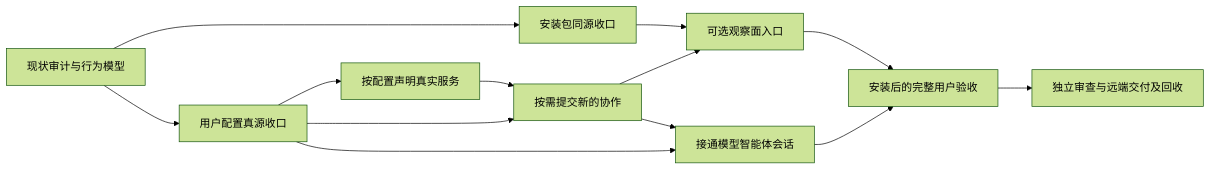
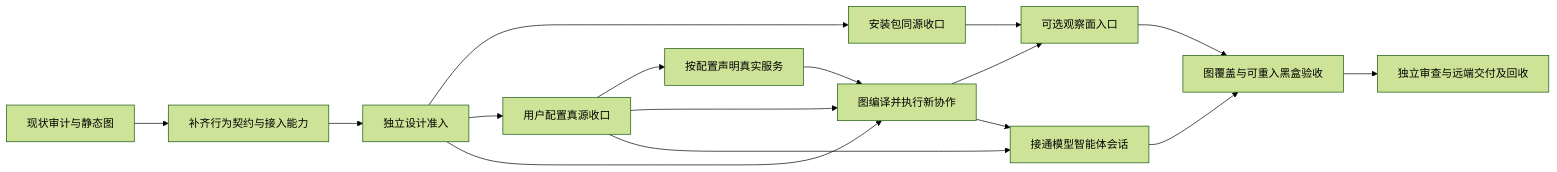
Before and after one commit to Jasonzhangf/AgentTeams: the diagram in docs/goals/teams-user-delivery-plan.md, drawn with Mermaid (forest theme). The commit also changed other lines of this file and 1 other file, not shown here.

````diff
--- a/docs/goals/teams-user-delivery-plan.md
+++ b/docs/goals/teams-user-delivery-plan.md
@@ -49,15 +79,18 @@
 ```mermaid
 flowchart LR
-  D[现状审计与行为模型] --> P[安装包同源收口]
-  D --> C[用户配置真源收口]
+  A[现状审计与静态图] --> D[补齐行为契约与接入能力]
+  D --> G[独立设计准入]
+  G --> P[安装包同源收口]
+  G --> C[用户配置真源收口]
   C --> S[按配置声明真实服务]
-  C --> W[按需提交新的协作]
+  C --> W[图编译并执行新协作]
+  G --> W
   S --> W
   P --> O[可选观察面入口]
   W --> O
   C --> L[接通模型智能体会话]
   W --> L
-  O --> V[安装后的完整用户验收]
+  O --> V[图覆盖与可重入黑盒验收]
   L --> V
   V --> R[独立审查与远端交付及回收]
 ```
````
